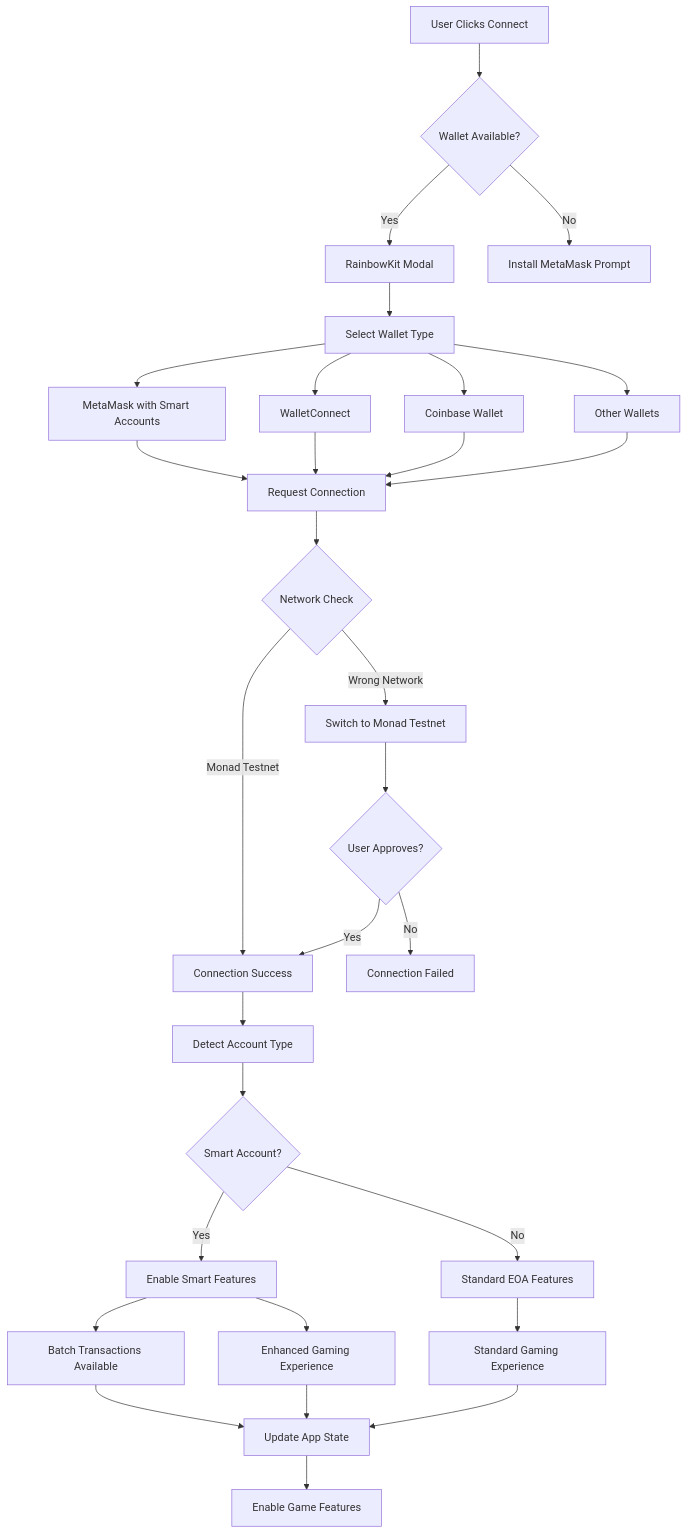
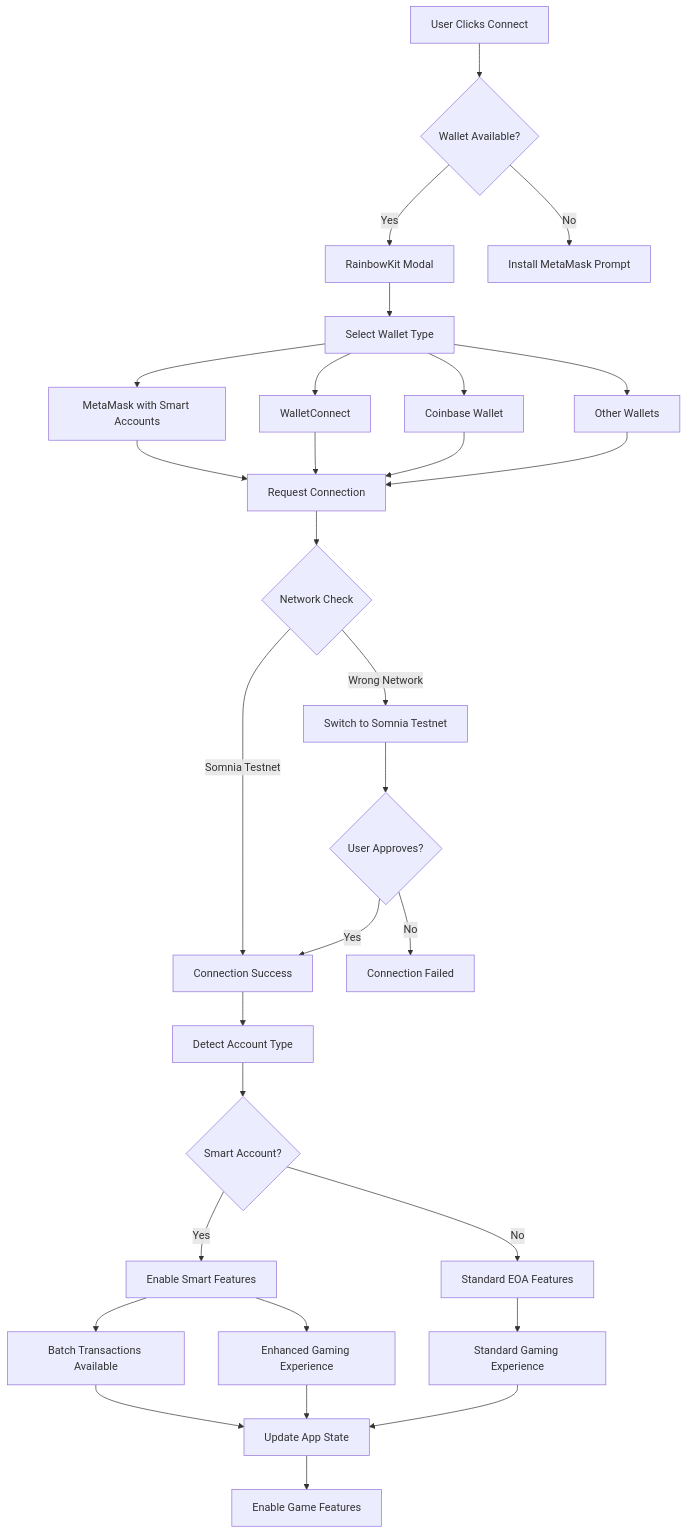
One commit to AmaanSayyad/APT-Casino-Somnia changed the second of 9 diagrams in README.md. Above: the diagram before and after it, drawn with Mermaid. The commit also changed other lines of this file and 80 other files, not shown here.

````diff
--- a/README.md
+++ b/README.md
@@ -216,39 +216,39 @@
 ```mermaid
 flowchart TD
     A[User Clicks Connect] --> B{Wallet Available?}
     B -->|Yes| C[RainbowKit Modal]
     B -->|No| D[Install MetaMask Prompt]
     
     C --> E[Select Wallet Type]
     E --> F[MetaMask with Smart Accounts]
     E --> G[WalletConnect]
     E --> H[Coinbase Wallet]
     E --> I[Other Wallets]
     
     F --> K[Request Connection]
     G --> K
     H --> K
     I --> K
     
     K --> L{Network Check}
-    L -->|Monad Testnet| M[Connection Success]
-    L -->|Wrong Network| N[Switch to Monad Testnet]
+    L -->|Somnia Testnet| M[Connection Success]
+    L -->|Wrong Network| N[Switch to Somnia Testnet]
     
     N --> O{User Approves?}
     O -->|Yes| M
     O -->|No| P[Connection Failed]
     
     M --> Q[Detect Account Type]
     Q --> R{Smart Account?}
     R -->|Yes| S[Enable Smart Features]
     R -->|No| T[Standard EOA Features]
     
     S --> U[Batch Transactions Available]
     S --> V[Enhanced Gaming Experience]
     T --> W[Standard Gaming Experience]
     
     U --> X[Update App State]
     V --> X
     W --> X
     X --> Y[Enable Game Features]
 ```
````
